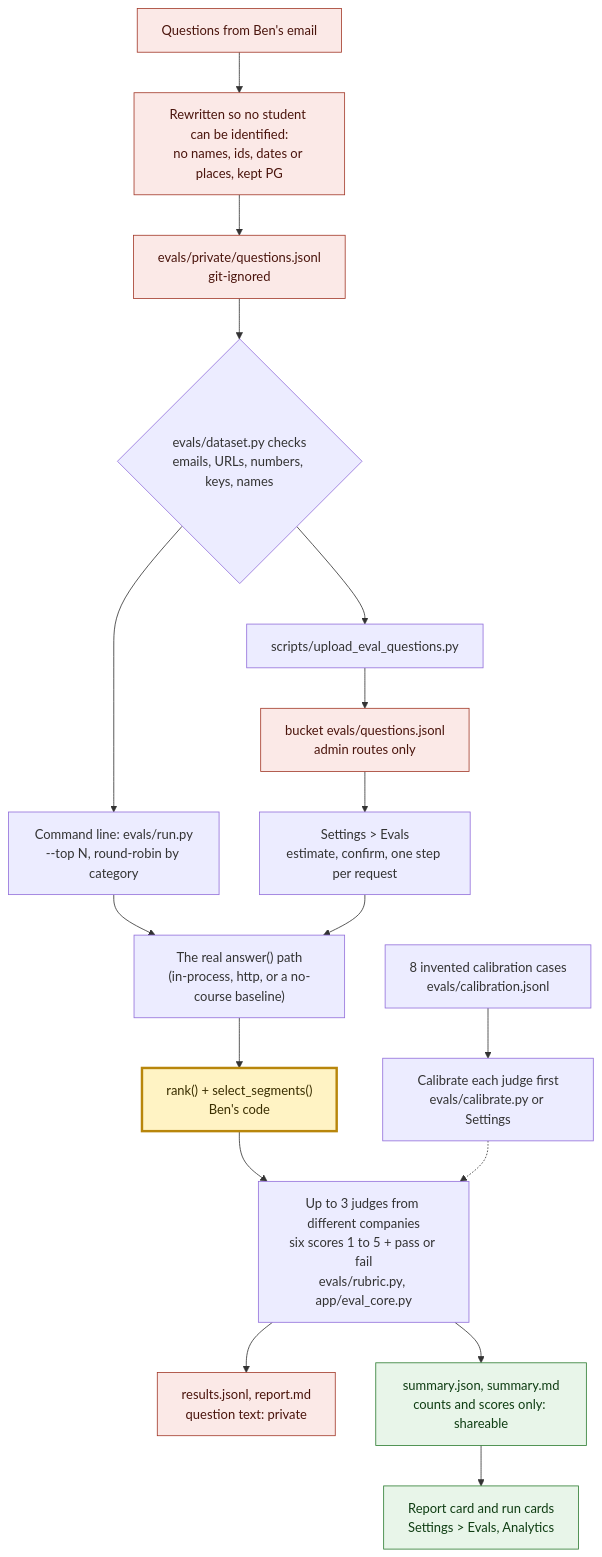
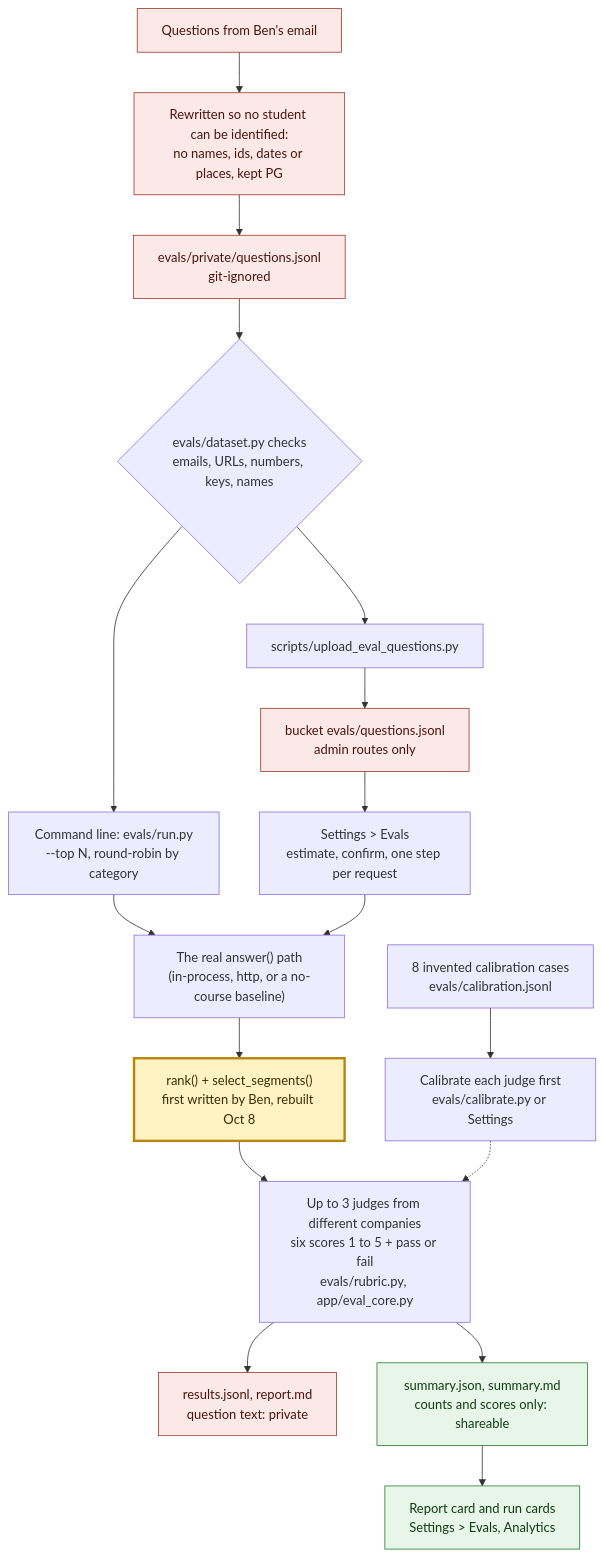
The seventh of 7 diagrams in docs/ARCHITECTURE.md (bcollier/faculty-twin), drawn with Mermaid before and after one commit. The commit also changed other lines of this file and 12 other files, not shown here.

````diff
--- a/docs/ARCHITECTURE.md
+++ b/docs/ARCHITECTURE.md
@@ -382,30 +382,30 @@
 ```mermaid
 flowchart TD
     classDef private fill:#fbe9e7,stroke:#a33a2a,color:#4a140c
     classDef share fill:#e8f5e9,stroke:#2e7d32,color:#0f3d13
     classDef ben fill:#fff3c4,stroke:#b8860b,stroke-width:3px,color:#3a2e00
 
     EM["Questions from Ben's email"] --> RW["Rewritten so no student can be identified:<br/>no names, ids, dates or places, kept PG"]
     RW --> QP["evals/private/questions.jsonl<br/>git-ignored"]
     QP --> DS{"evals/dataset.py checks<br/>emails, URLs, numbers, keys, names"}
     DS --> UP["scripts/upload_eval_questions.py"]
     UP --> QB["bucket evals/questions.jsonl<br/>admin routes only"]
 
     CAL["8 invented calibration cases<br/>evals/calibration.jsonl"] --> CJ["Calibrate each judge first<br/>evals/calibrate.py or Settings"]
 
     DS --> CLI["Command line: evals/run.py<br/>--top N, round-robin by category"]
     QB --> UI["Settings > Evals<br/>estimate, confirm, one step per request"]
 
     CLI --> ANS["The real answer() path<br/>(in-process, http, or a no-course baseline)"]
     UI --> ANS
-    ANS --> RS["rank() + select_segments()<br/>Ben's code"]
+    ANS --> RS["rank() + select_segments()<br/>first written by Ben, rebuilt Oct 8"]
     RS --> J["Up to 3 judges from different companies<br/>six scores 1 to 5 + pass or fail<br/>evals/rubric.py, app/eval_core.py"]
     CJ -.-> J
     J --> RES["results.jsonl, report.md<br/>question text: private"]
     J --> SUM["summary.json, summary.md<br/>counts and scores only: shareable"]
     SUM --> RC["Report card and run cards<br/>Settings > Evals, Analytics"]
 
     class EM,RW,QP,QB,RES private
     class SUM,RC share
     class RS ben
 ```
````
